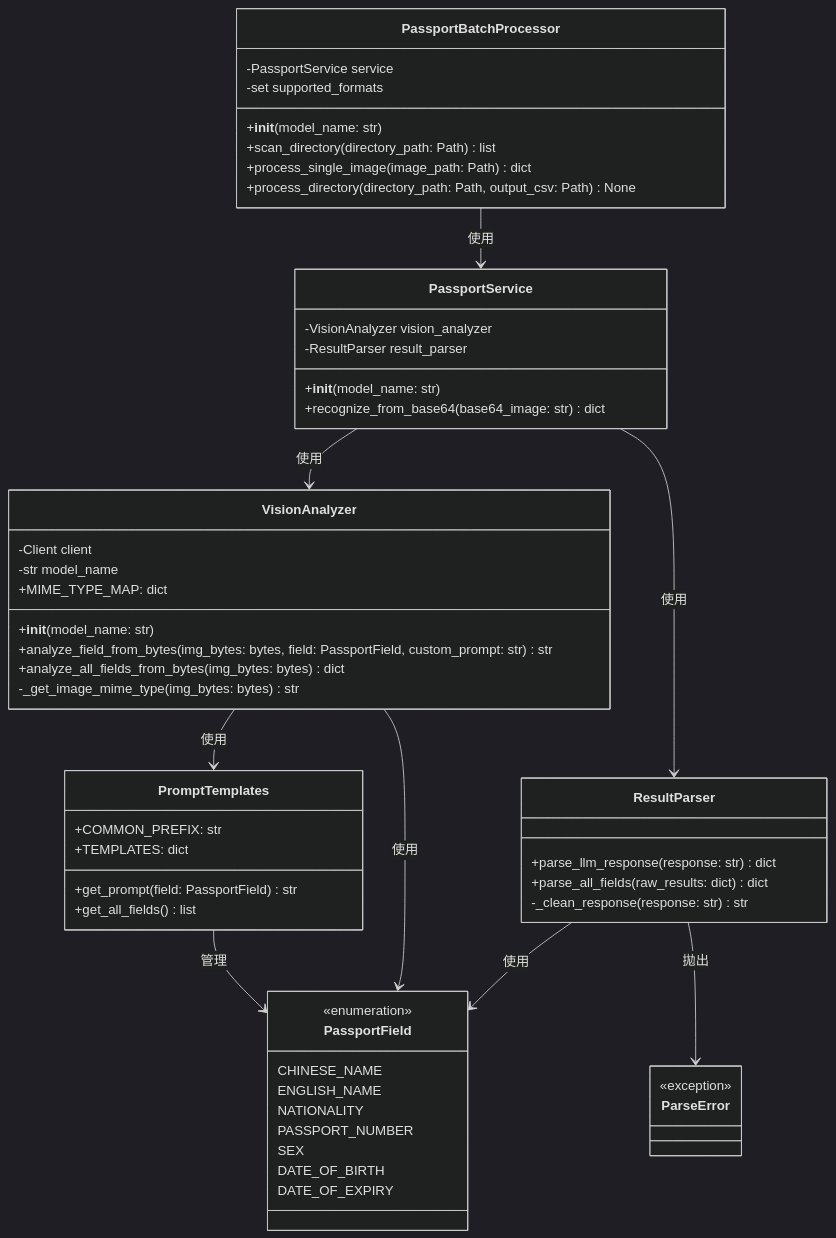
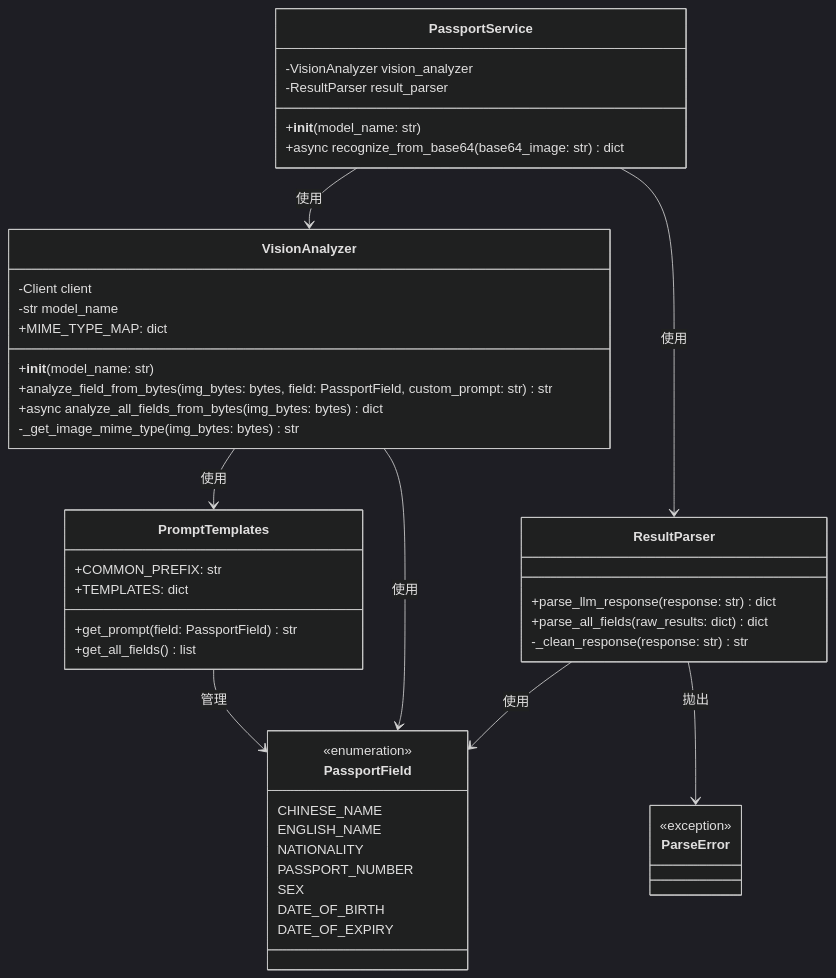
Before and after one commit to wu02067602/Passport-image-recognition: the diagram in 類別圖.md, drawn with Mermaid (dark theme). The commit also changed other lines of this file and 10 other files, not shown here.

First line of the commit message:
Refactor: Enhance passport recognition API with async support

````diff
--- a/類別圖.md
+++ b/類別圖.md
@@ -7,65 +7,55 @@
 ```mermaid
 classDiagram
     class PassportService {
         -VisionAnalyzer vision_analyzer
         -ResultParser result_parser
         +__init__(model_name: str)
-        +recognize_from_base64(base64_image: str) dict
-    }
-    
-    class PassportBatchProcessor {
-        -PassportService service
-        -set supported_formats
-        +__init__(model_name: str)
-        +scan_directory(directory_path: Path) list
-        +process_single_image(image_path: Path) dict
-        +process_directory(directory_path: Path, output_csv: Path) None
+        +async recognize_from_base64(base64_image: str) dict
     }
     
     class VisionAnalyzer {
         -Client client
         -str model_name
         +MIME_TYPE_MAP: dict
         +__init__(model_name: str)
         +analyze_field_from_bytes(img_bytes: bytes, field: PassportField, custom_prompt: str) str
-        +analyze_all_fields_from_bytes(img_bytes: bytes) dict
+        +async analyze_all_fields_from_bytes(img_bytes: bytes) dict
         -_get_image_mime_type(img_bytes: bytes) str
     }
     
     class ResultParser {
         +parse_llm_response(response: str) dict
         +parse_all_fields(raw_results: dict) dict
         -_clean_response(response: str) str
     }
     
     class PromptTemplates {
         +COMMON_PREFIX: str
         +TEMPLATES: dict
         +get_prompt(field: PassportField) str
         +get_all_fields() list
     }
     
     class PassportField {
         <<enumeration>>
         CHINESE_NAME
         ENGLISH_NAME
         NATIONALITY
         PASSPORT_NUMBER
         SEX
         DATE_OF_BIRTH
         DATE_OF_EXPIRY
     }
     
     class ParseError {
         <<exception>>
     }
     
     PassportService --> VisionAnalyzer : 使用
     PassportService --> ResultParser : 使用
-    PassportBatchProcessor --> PassportService : 使用
     VisionAnalyzer --> PromptTemplates : 使用
     VisionAnalyzer --> PassportField : 使用
     ResultParser --> PassportField : 使用
     ResultParser --> ParseError : 拋出
     PromptTemplates --> PassportField : 管理
 ```
````
